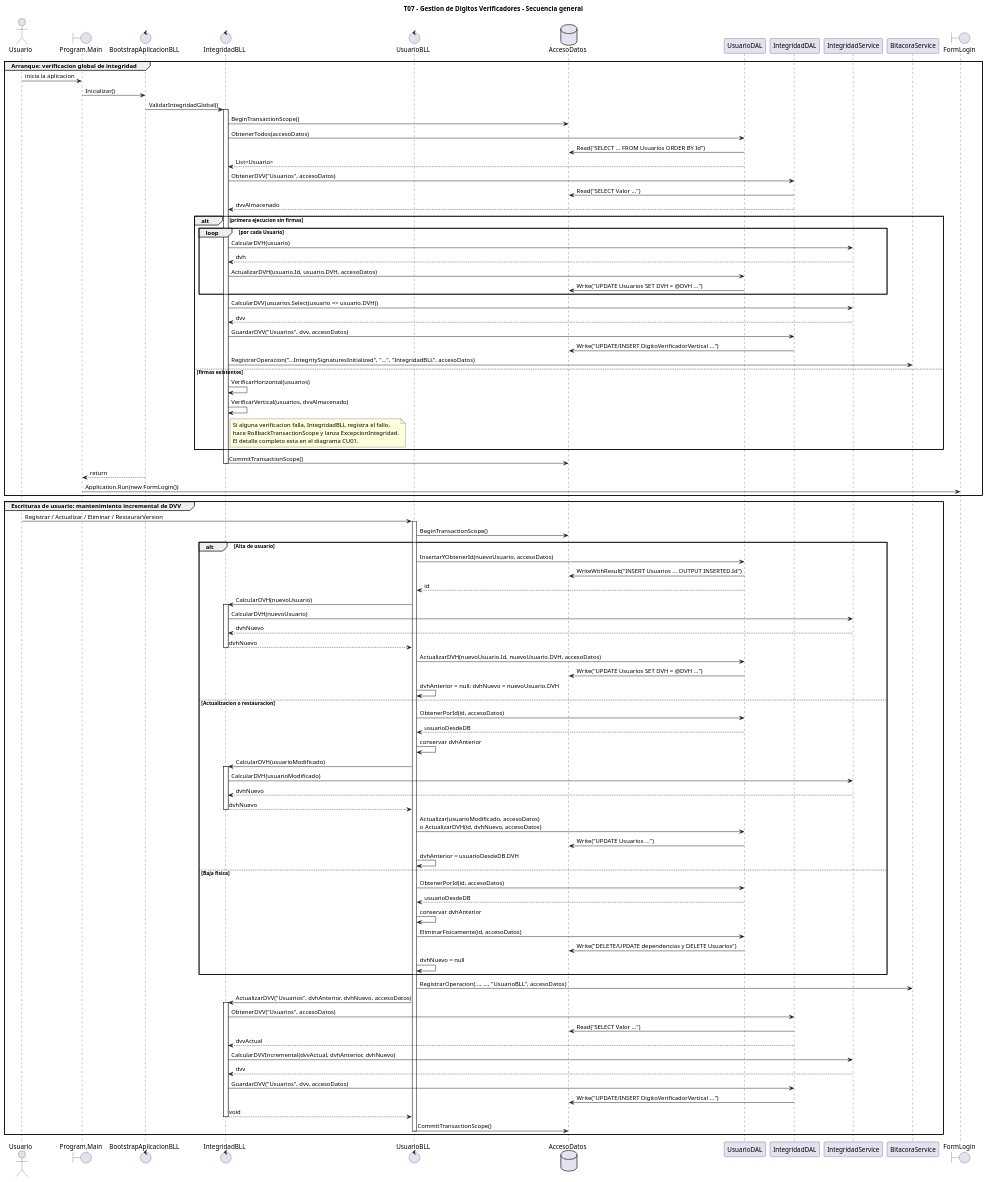
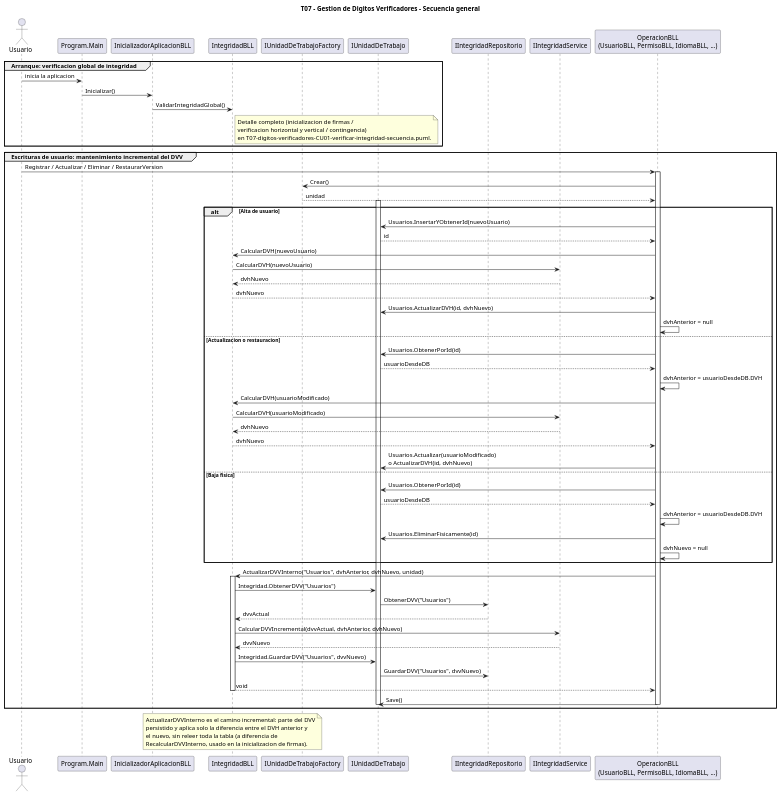
Before and after one commit to aggutierrez98/TP-TD: the diagram in diagramas/T07-digitos-verificadores/T07-digitos-verificadores-secuencia.puml, drawn with PlantUML. The commit also changed 184 other files, not shown here.

```diff
--- a/diagramas/T07-digitos-verificadores/T07-digitos-verificadores-secuencia.puml
+++ b/diagramas/T07-digitos-verificadores/T07-digitos-verificadores-secuencia.puml
@@ -1,119 +1,87 @@
 @startuml
 title T07 - Gestion de Digitos Verificadores - Secuencia general
 
 skinparam backgroundColor white
 skinparam shadowing false
 
 actor "Usuario" as Usuario
-boundary "Program.Main" as Prog
-control "BootstrapAplicacionBLL" as Boot
-control "IntegridadBLL" as IBLL
-control "UsuarioBLL" as UBLL
-database "AccesoDatos" as AD
-participant "UsuarioDAL" as UDAL
-participant "IntegridadDAL" as IDAL
-participant "IntegridadService" as ISvc
-participant "BitacoraService" as Bita
-boundary "FormLogin" as Login
+participant "Program.Main" as Prog
+participant "InicializadorAplicacionBLL" as Init
+participant "IntegridadBLL" as IBLL
+participant "IUnidadDeTrabajoFactory" as UoWF
+participant "IUnidadDeTrabajo" as UoW
+participant "IIntegridadRepositorio" as IRepo
+participant "IIntegridadService" as ISvc
+participant "OperacionBLL\n(UsuarioBLL, PermisoBLL, IdiomaBLL, ...)" as OpBLL
 
 group Arranque: verificacion global de integridad
   Usuario -> Prog : inicia la aplicacion
-  Prog -> Boot : Inicializar()
-  Boot -> IBLL : ValidarIntegridadGlobal()
-  activate IBLL
-  IBLL -> AD : BeginTransactionScope()
-  IBLL -> UDAL : ObtenerTodos(accesoDatos)
-  UDAL -> AD : Read("SELECT ... FROM Usuarios ORDER BY Id")
-  UDAL --> IBLL : List<Usuario>
-  IBLL -> IDAL : ObtenerDVV("Usuarios", accesoDatos)
-  IDAL -> AD : Read("SELECT Valor ...")
-  IDAL --> IBLL : dvvAlmacenado
+  Prog -> Init : Inicializar()
+  Init -> IBLL : ValidarIntegridadGlobal()
+  note right of IBLL
+    Detalle completo (inicializacion de firmas /
+    verificacion horizontal y vertical / contingencia)
+    en T07-digitos-verificadores-CU01-verificar-integridad-secuencia.puml.
+  end note
+end
 
-  alt primera ejecucion sin firmas
-    loop por cada Usuario
-      IBLL -> ISvc : CalcularDVH(usuario)
-      ISvc --> IBLL : dvh
-      IBLL -> UDAL : ActualizarDVH(usuario.Id, usuario.DVH, accesoDatos)
-      UDAL -> AD : Write("UPDATE Usuarios SET DVH = @DVH ...")
-    end
-    IBLL -> ISvc : CalcularDVV(usuarios.Select(usuario => usuario.DVH))
-    ISvc --> IBLL : dvv
-    IBLL -> IDAL : GuardarDVV("Usuarios", dvv, accesoDatos)
-    IDAL -> AD : Write("UPDATE/INSERT DigitoVerificadorVertical ...")
-    IBLL -> Bita : RegistrarOperacion("...IntegritySignaturesInitialized", "...", "IntegridadBLL", accesoDatos)
-  else firmas existentes
-    IBLL -> IBLL : VerificarHorizontal(usuarios)
-    IBLL -> IBLL : VerificarVertical(usuarios, dvvAlmacenado)
-    note right of IBLL
-      Si alguna verificacion falla, IntegridadBLL registra el fallo,
-      hace RollbackTransactionScope y lanza ExcepcionIntegridad.
-      El detalle completo esta en el diagrama CU01.
-    end note
+group Escrituras de usuario: mantenimiento incremental del DVV
+  Usuario -> OpBLL : Registrar / Actualizar / Eliminar / RestaurarVersion
+  activate OpBLL
+  OpBLL -> UoWF : Crear()
+  UoWF --> OpBLL : unidad
+  activate UoW
+
+  alt Alta de usuario
+    OpBLL -> UoW : Usuarios.InsertarYObtenerId(nuevoUsuario)
+    UoW --> OpBLL : id
+    OpBLL -> IBLL : CalcularDVH(nuevoUsuario)
+    IBLL -> ISvc : CalcularDVH(nuevoUsuario)
+    ISvc --> IBLL : dvhNuevo
+    IBLL --> OpBLL : dvhNuevo
+    OpBLL -> UoW : Usuarios.ActualizarDVH(id, dvhNuevo)
+    OpBLL -> OpBLL : dvhAnterior = null
+
+  else Actualizacion o restauracion
+    OpBLL -> UoW : Usuarios.ObtenerPorId(id)
+    UoW --> OpBLL : usuarioDesdeDB
+    OpBLL -> OpBLL : dvhAnterior = usuarioDesdeDB.DVH
+    OpBLL -> IBLL : CalcularDVH(usuarioModificado)
+    IBLL -> ISvc : CalcularDVH(usuarioModificado)
+    ISvc --> IBLL : dvhNuevo
+    IBLL --> OpBLL : dvhNuevo
+    OpBLL -> UoW : Usuarios.Actualizar(usuarioModificado)\no ActualizarDVH(id, dvhNuevo)
+
+  else Baja fisica
+    OpBLL -> UoW : Usuarios.ObtenerPorId(id)
+    UoW --> OpBLL : usuarioDesdeDB
+    OpBLL -> OpBLL : dvhAnterior = usuarioDesdeDB.DVH
+    OpBLL -> UoW : Usuarios.EliminarFisicamente(id)
+    OpBLL -> OpBLL : dvhNuevo = null
   end
 
-  IBLL -> AD : CommitTransactionScope()
+  OpBLL -> IBLL : ActualizarDVVInterno("Usuarios", dvhAnterior, dvhNuevo, unidad)
+  activate IBLL
+  IBLL -> UoW : Integridad.ObtenerDVV("Usuarios")
+  UoW -> IRepo : ObtenerDVV("Usuarios")
+  IRepo --> IBLL : dvvActual
+  IBLL -> ISvc : CalcularDVVIncremental(dvvActual, dvhAnterior, dvhNuevo)
+  ISvc --> IBLL : dvvNuevo
+  IBLL -> UoW : Integridad.GuardarDVV("Usuarios", dvvNuevo)
+  UoW -> IRepo : GuardarDVV("Usuarios", dvvNuevo)
+  IBLL --> OpBLL : void
   deactivate IBLL
-  Boot --> Prog : return
-  Prog -> Login : Application.Run(new FormLogin())
+
+  OpBLL -> UoW : Save()
+  deactivate UoW
+  deactivate OpBLL
 end
 
-group Escrituras de usuario: mantenimiento incremental de DVV
-  Usuario -> UBLL : Registrar / Actualizar / Eliminar / RestaurarVersion
-  activate UBLL
-  UBLL -> AD : BeginTransactionScope()
-
-  alt Alta de usuario
-    UBLL -> UDAL : InsertarYObtenerId(nuevoUsuario, accesoDatos)
-    UDAL -> AD : WriteWithResult("INSERT Usuarios ... OUTPUT INSERTED.Id")
-    UDAL --> UBLL : id
-    UBLL -> IBLL : CalcularDVH(nuevoUsuario)
-    activate IBLL
-    IBLL -> ISvc : CalcularDVH(nuevoUsuario)
-    ISvc --> IBLL : dvhNuevo
-    IBLL --> UBLL : dvhNuevo
-    deactivate IBLL
-    UBLL -> UDAL : ActualizarDVH(nuevoUsuario.Id, nuevoUsuario.DVH, accesoDatos)
-    UDAL -> AD : Write("UPDATE Usuarios SET DVH = @DVH ...")
-    UBLL -> UBLL : dvhAnterior = null; dvhNuevo = nuevoUsuario.DVH
-
-  else Actualizacion o restauracion
-    UBLL -> UDAL : ObtenerPorId(id, accesoDatos)
-    UDAL --> UBLL : usuarioDesdeDB
-    UBLL -> UBLL : conservar dvhAnterior
-    UBLL -> IBLL : CalcularDVH(usuarioModificado)
-    activate IBLL
-    IBLL -> ISvc : CalcularDVH(usuarioModificado)
-    ISvc --> IBLL : dvhNuevo
-    IBLL --> UBLL : dvhNuevo
-    deactivate IBLL
-    UBLL -> UDAL : Actualizar(usuarioModificado, accesoDatos)\no ActualizarDVH(id, dvhNuevo, accesoDatos)
-    UDAL -> AD : Write("UPDATE Usuarios ...")
-    UBLL -> UBLL : dvhAnterior = usuarioDesdeDB.DVH
-
-  else Baja fisica
-    UBLL -> UDAL : ObtenerPorId(id, accesoDatos)
-    UDAL --> UBLL : usuarioDesdeDB
-    UBLL -> UBLL : conservar dvhAnterior
-    UBLL -> UDAL : EliminarFisicamente(id, accesoDatos)
-    UDAL -> AD : Write("DELETE/UPDATE dependencias y DELETE Usuarios")
-    UBLL -> UBLL : dvhNuevo = null
-  end
-
-  UBLL -> Bita : RegistrarOperacion(..., ..., "UsuarioBLL", accesoDatos)
-  UBLL -> IBLL : ActualizarDVV("Usuarios", dvhAnterior, dvhNuevo, accesoDatos)
-  activate IBLL
-  IBLL -> IDAL : ObtenerDVV("Usuarios", accesoDatos)
-  IDAL -> AD : Read("SELECT Valor ...")
-  IDAL --> IBLL : dvvActual
-  IBLL -> ISvc : CalcularDVVIncremental(dvvActual, dvhAnterior, dvhNuevo)
-  ISvc --> IBLL : dvv
-  IBLL -> IDAL : GuardarDVV("Usuarios", dvv, accesoDatos)
-  IDAL -> AD : Write("UPDATE/INSERT DigitoVerificadorVertical ...")
-  IBLL --> UBLL : void
-  deactivate IBLL
-
-  UBLL -> AD : CommitTransactionScope()
-  deactivate UBLL
-end
+note over IBLL
+  ActualizarDVVInterno es el camino incremental: parte del DVV
+  persistido y aplica solo la diferencia entre el DVH anterior y
+  el nuevo, sin releer toda la tabla (a diferencia de
+  RecalcularDVVInterno, usado en la inicializacion de firmas).
+end note
 
 @enduml
```
